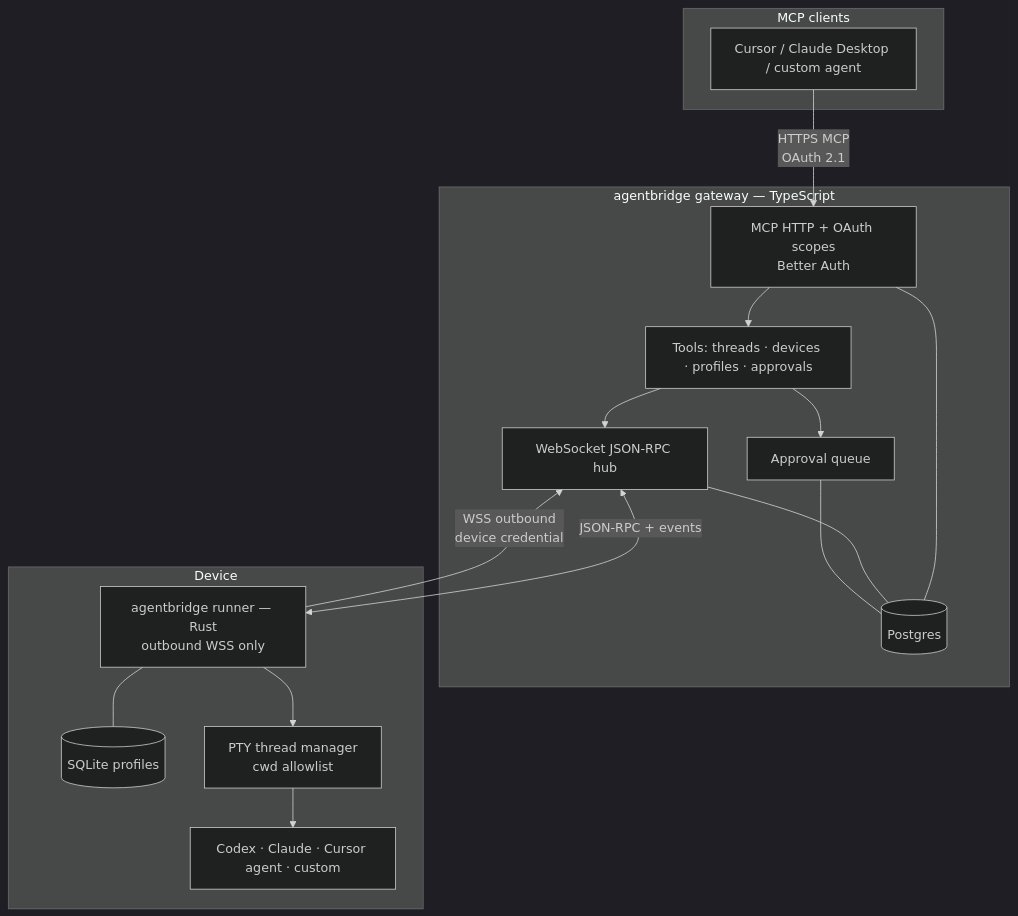
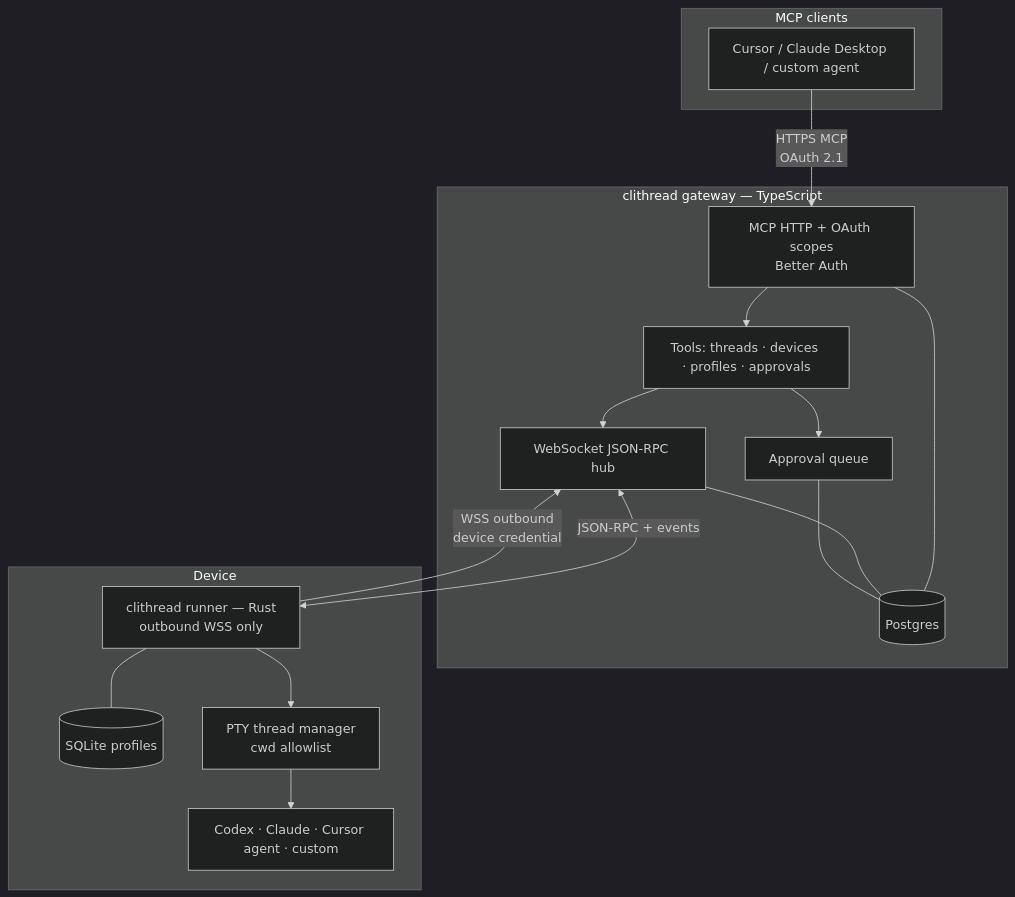
The first of 3 diagrams in docs/ARCHITECTURE.md (5cisummai/agentbridge), drawn with Mermaid (dark theme) before and after one commit. The commit also changed other lines of this file and 54 other files, not shown here.

````diff
--- a/docs/ARCHITECTURE.md
+++ b/docs/ARCHITECTURE.md
@@ -24,34 +24,34 @@
 ```mermaid
 flowchart TB
   subgraph Clients["MCP clients"]
     C1["Cursor / Claude Desktop / custom agent"]
   end
 
-  subgraph Gateway["agentbridge gateway — TypeScript"]
+  subgraph Gateway["clithread gateway — TypeScript"]
     MCP["MCP HTTP + OAuth scopes<br/>Better Auth"]
     Tools["Tools: threads · devices · profiles · approvals"]
     Hub["WebSocket JSON-RPC hub"]
     Queue["Approval queue"]
     PG[(Postgres)]
     MCP --> Tools
     Tools --> Hub
     Tools --> Queue
     MCP --- PG
     Hub --- PG
     Queue --- PG
   end
 
   subgraph Device["Device"]
-    Runner["agentbridge runner — Rust<br/>outbound WSS only"]
+  Runner["clithread runner — Rust<br/>outbound WSS only"]
     SQLite[(SQLite profiles)]
     PTY["PTY thread manager<br/>cwd allowlist"]
     CLIs["Codex · Claude · Cursor agent · custom"]
     Runner --- SQLite
     Runner --> PTY
     PTY --> CLIs
   end
 
   C1 -->|"HTTPS MCP<br/>OAuth 2.1"| MCP
   Runner -->|"WSS outbound<br/>device credential"| Hub
   Hub <-->|"JSON-RPC + events"| Runner
 ```
````
